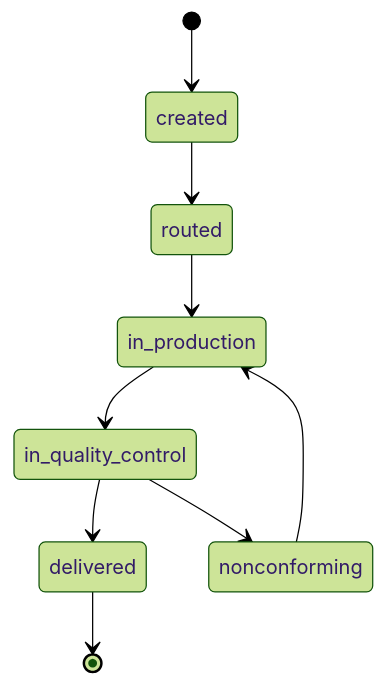
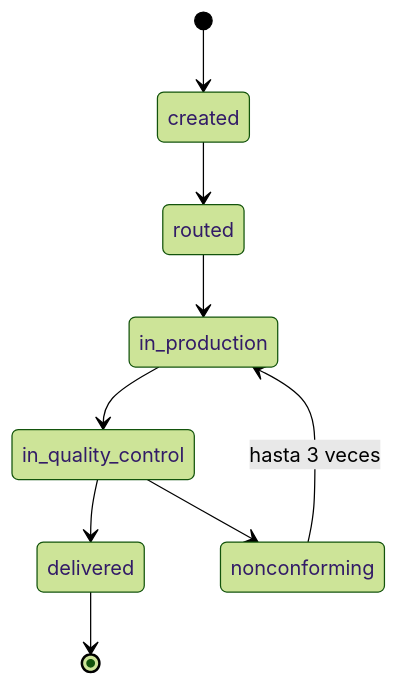
The diagram in docs/adr/0002-reproceso-no-conformidad.md (No-Country-simulation/S08-26-EQUIPO21-QualityTrack), drawn with Mermaid (forest theme) before and after one commit. The commit also changed other lines of this file and 4 other files, not shown here.

Commit message:
docs(adr): define work order cancellation flow

````diff
--- a/docs/adr/0002-reproceso-no-conformidad.md
+++ b/docs/adr/0002-reproceso-no-conformidad.md
@@ -19,11 +28,11 @@
 ```mermaid
 stateDiagram-v2
     [*] --> created
     created --> routed
     routed --> in_production
     in_production --> in_quality_control
     in_quality_control --> delivered
     in_quality_control --> nonconforming
-    nonconforming --> in_production
+    nonconforming --> in_production : hasta 3 veces
     delivered --> [*]
 ```
````
